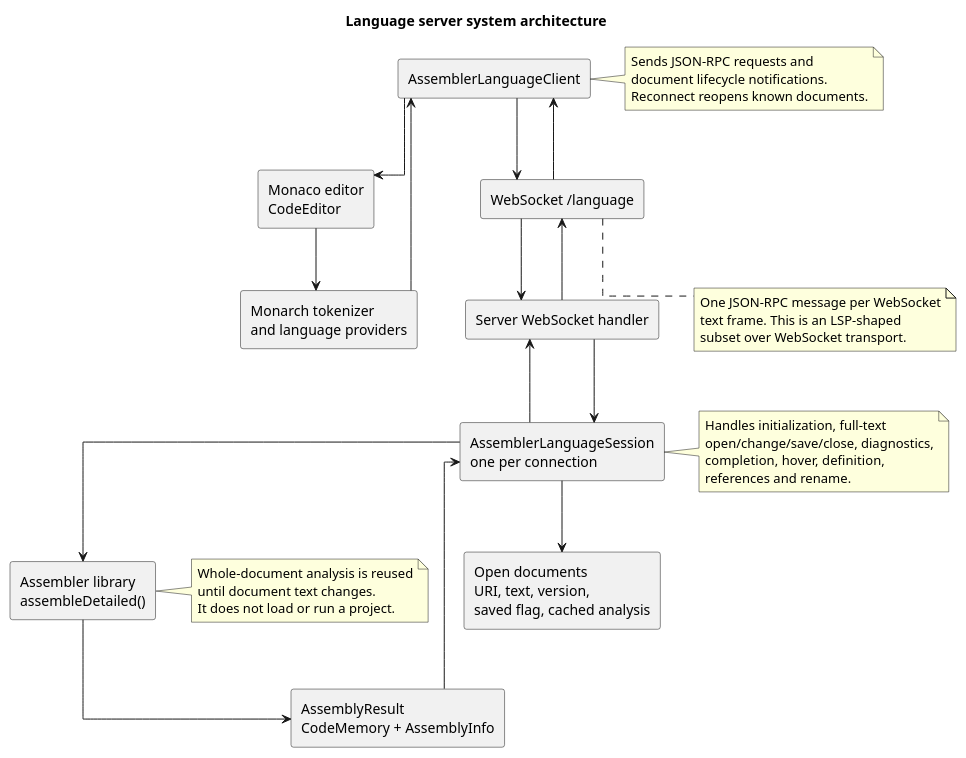
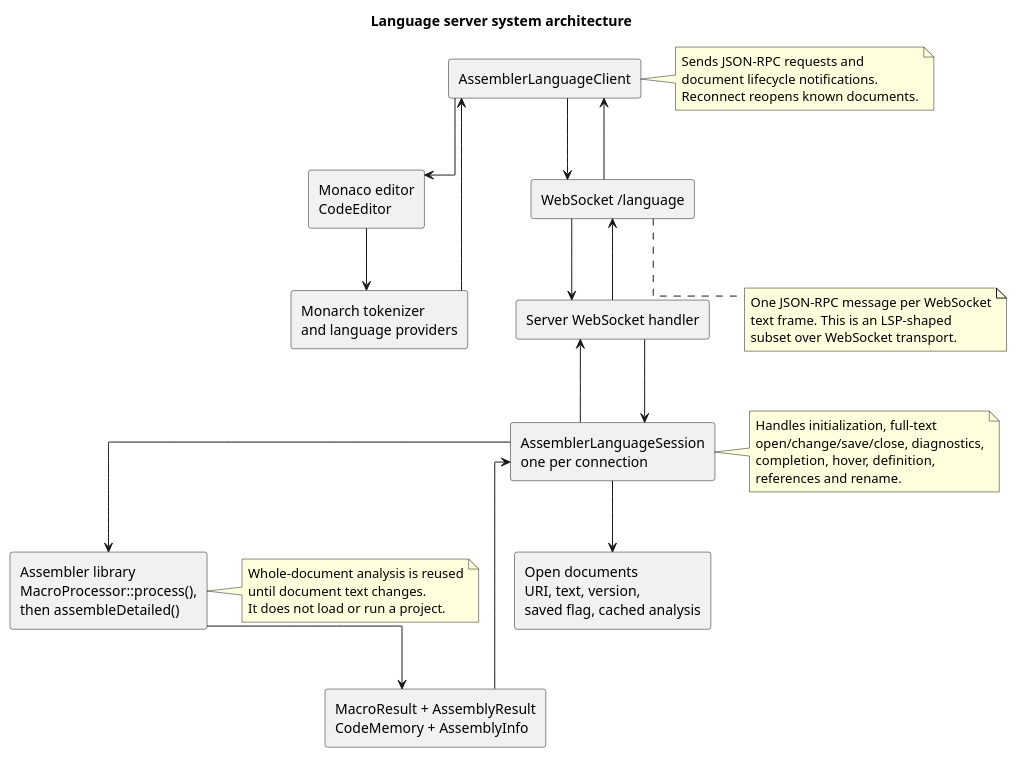
The diagram in backend/docs/uml/32_language_server_system.puml (Eduardo-Machado-Behling/SIC-XE-Simulator), drawn with PlantUML before and after one commit. The commit also changed 9 other files, not shown here.

Commit message:
[Docs]: Describe the macro processor in the protocol, language server and assembler docs

```diff
--- a/backend/docs/uml/32_language_server_system.puml
+++ b/backend/docs/uml/32_language_server_system.puml
@@ -1,57 +1,57 @@
 @startuml
 skinparam linetype ortho
 skinparam componentStyle rectangle
 skinparam shadowing false
 title Language server system architecture
 
 top to bottom direction
 
 component "Monaco editor\nCodeEditor" as Editor
 component "Monarch tokenizer\nand language providers" as Providers
 component "AssemblerLanguageClient" as Client
 component "WebSocket /language" as WS
 component "Server WebSocket handler" as Handler
 component "AssemblerLanguageSession\none per connection" as Session
 component "Open documents\nURI, text, version,\nsaved flag, cached analysis" as Documents
-component "Assembler library\nassembleDetailed()" as Assembler
-component "AssemblyResult\nCodeMemory + AssemblyInfo" as Result
+component "Assembler library\nMacroProcessor::process(),\nthen assembleDetailed()" as Assembler
+component "MacroResult + AssemblyResult\nCodeMemory + AssemblyInfo" as Result
 
 Editor --> Providers
 Providers --> Client
 Client --> WS
 WS --> Handler
 Handler --> Session
 Session --> Documents
 Session --> Assembler
 Assembler --> Result
 Result --> Session
 Session --> Handler
 Handler --> WS
 WS --> Client
 Client --> Editor
 
 note right of Client
   Sends JSON-RPC requests and
   document lifecycle notifications.
   Reconnect reopens known documents.
 end note
 
 note right of Session
   Handles initialization, full-text
   open/change/save/close, diagnostics,
   completion, hover, definition,
   references and rename.
 end note
 
 note right of Assembler
   Whole-document analysis is reused
   until document text changes.
   It does not load or run a project.
 end note
 
 note bottom of WS
   One JSON-RPC message per WebSocket
   text frame. This is an LSP-shaped
   subset over WebSocket transport.
 end note
 @enduml
```
